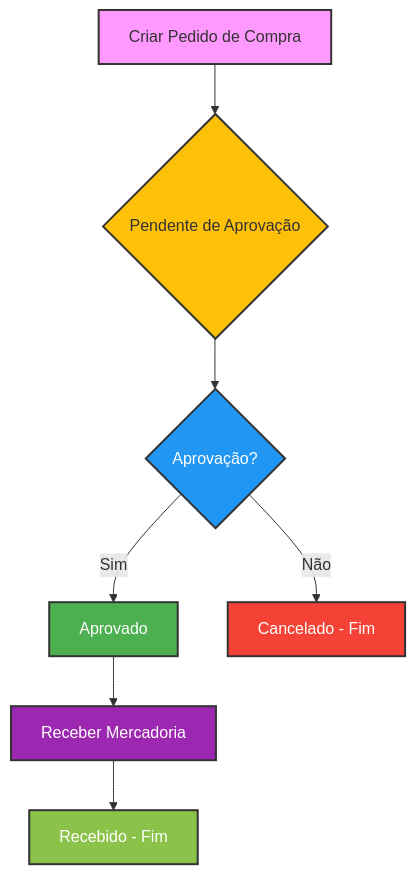
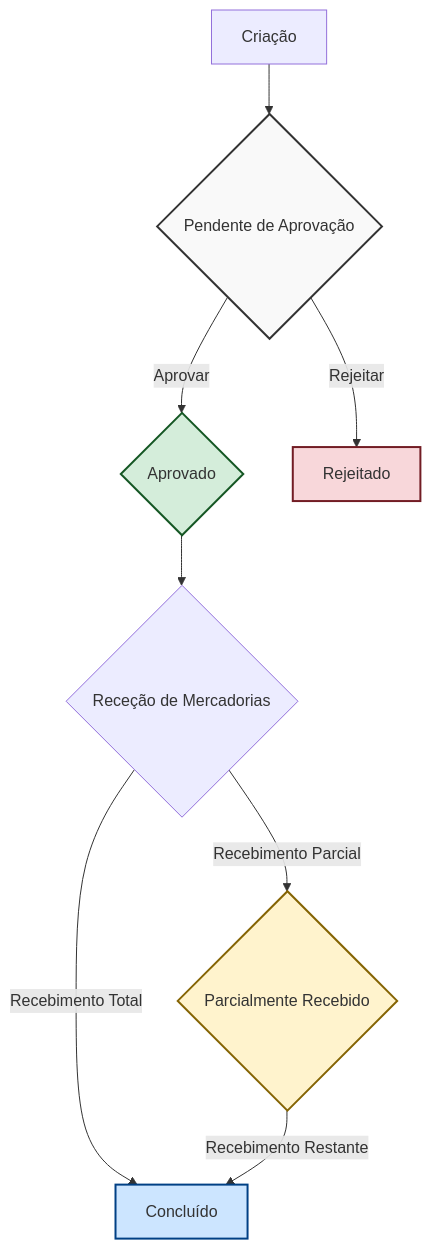
The diagram in docs/fluxo_pedido_compra.md (brucepc/umaverso), drawn with Mermaid before and after one commit. The commit also changed other lines of this file and 6 other files, not shown here.

````diff
--- a/docs/fluxo_pedido_compra.md
+++ b/docs/fluxo_pedido_compra.md
@@ -5,17 +50,16 @@
 ```mermaid
 graph TD
-    A[Criar Pedido de Compra] --> B{Pendente de Aprovação};
-    B --> C{Aprovação?};
-    C -- Sim --> D[Aprovado];
-    C -- Não --> E[Cancelado - Fim];
-    D --> F[Receber Mercadoria];
-    F --> G[Recebido - Fim];
+    A[Criação] --> B{Pendente de Aprovação};
+    B -->|Aprovar| C{Aprovado};
+    B -->|Rejeitar| D[Rejeitado];
+    C --> E{Receção de Mercadorias};
+    E -->|Recebimento Parcial| F{Parcialmente Recebido};
+    E -->|Recebimento Total| G[Concluído];
+    F -->|Recebimento Restante| G;
 
-    style A fill:#f9f,stroke:#333,stroke-width:2px
-    style B fill:#ffc107,stroke:#333,stroke-width:2px
-    style C fill:#2196f3,stroke:#333,stroke-width:2px,color:white
-    style D fill:#4caf50,stroke:#333,stroke-width:2px,color:white
-    style E fill:#f44336,stroke:#333,stroke-width:2px,color:white
-    style F fill:#9c27b0,stroke:#333,stroke-width:2px,color:white
-    style G fill:#8bc34a,stroke:#333,stroke-width:2px,color:white
+    style B fill:#f9f9f9,stroke:#333,stroke-width:2px
+    style C fill:#d4edda,stroke:#155724,stroke-width:2px
+    style D fill:#f8d7da,stroke:#721c24,stroke-width:2px
+    style F fill:#fff3cd,stroke:#856404,stroke-width:2px
+    style G fill:#cce5ff,stroke:#004085,stroke-width:2px
 ``` 
````
